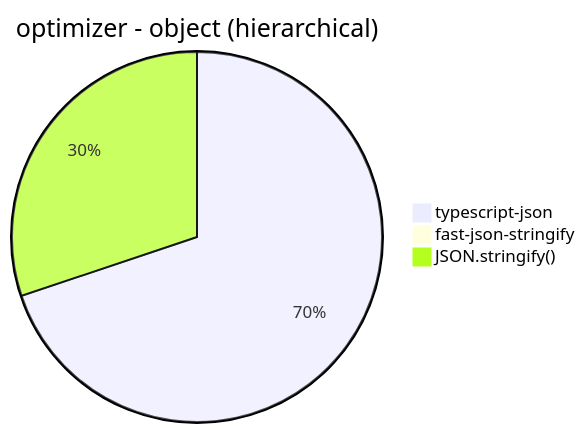
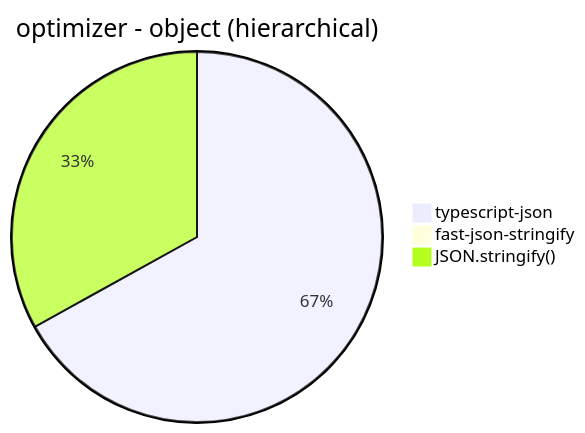
Diagram 16 of 30 in benchmark/results/Apple M1 Pro.md (samchon/typia), drawn with Mermaid before and after one commit. The commit also changed other lines of this file, not shown here.

````diff
--- a/benchmark/results/Apple M1 Pro.md
+++ b/benchmark/results/Apple M1 Pro.md
@@ -165,6 +165,6 @@
 ```mermaid
 pie title optimizer - object (hierarchical)
-  "typescript-json": 5549.209302325581
-  "fast-json-stringify": 1.6172506738544474
-  "JSON.stringify()": 2394.562821454813
+  "typescript-json": 6922.934762520791
+  "fast-json-stringify": 2.1881838074398248
+  "JSON.stringify()": 3416.963115521438
 ```
````
